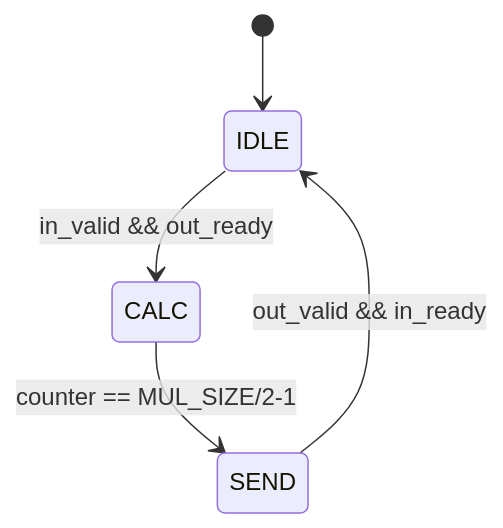
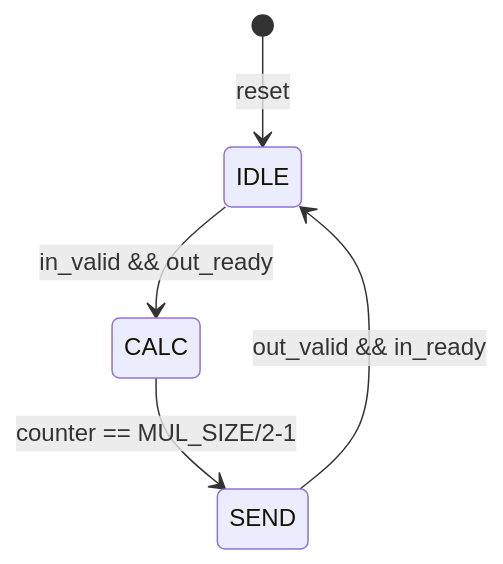
Before and after one commit to EsaLongs/EESM6000C_CL: the diagram in Lab_3/Booth4_multiplier/README.md, drawn with Mermaid.

````diff
--- a/Lab_3/Booth4_multiplier/README.md
+++ b/Lab_3/Booth4_multiplier/README.md
@@ -10,8 +10,8 @@
 ```mermaid
 %%{init: {'themeVariables': { 'fontFamily': 'Times New Roman' } }}%%
 stateDiagram-v2
-    [*] --> IDLE
+    [*] --> IDLE : reset
     IDLE --> CALC : in_valid && out_ready
     CALC --> SEND : counter == MUL_SIZE/2-1
     SEND --> IDLE : out_valid && in_ready
 ```
````
